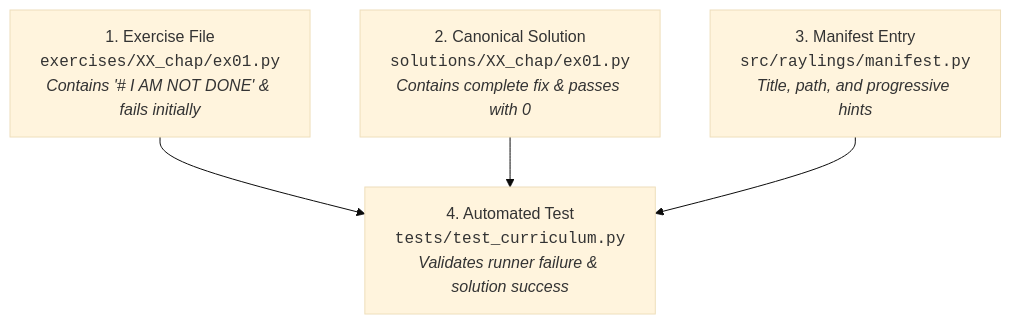
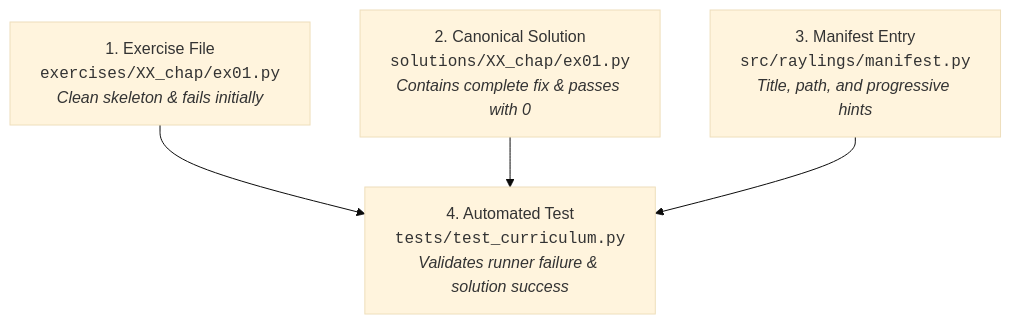
One commit to dnf0/raylings changed the diagram in docs/contributing.md. Above: the diagram before and after it, drawn with Mermaid (base theme). The commit also changed other lines of this file and 101 other files, not shown here.

Commit message:
refactor(curriculum): remove legacy I AM NOT DONE marker across exercises, runner, vscode extension, and docs (#23)

````diff
--- a/docs/contributing.md
+++ b/docs/contributing.md
@@ -35,11 +35,11 @@
 ```mermaid
 graph TD
-    A["1. Exercise File<br/><code>exercises/XX_chap/ex01.py</code><br/><i>Contains '# I AM NOT DONE' & fails initially</i>"]
+    A["1. Exercise File<br/><code>exercises/XX_chap/ex01.py</code><br/><i>Clean skeleton & fails initially</i>"]
     B["2. Canonical Solution<br/><code>solutions/XX_chap/ex01.py</code><br/><i>Contains complete fix & passes with 0</i>"]
     C["3. Manifest Entry<br/><code>src/raylings/manifest.py</code><br/><i>Title, path, and progressive hints</i>"]
     D["4. Automated Test<br/><code>tests/test_curriculum.py</code><br/><i>Validates runner failure & solution success</i>"]
 
     A --> D
     B --> D
     C --> D
 ```
````
